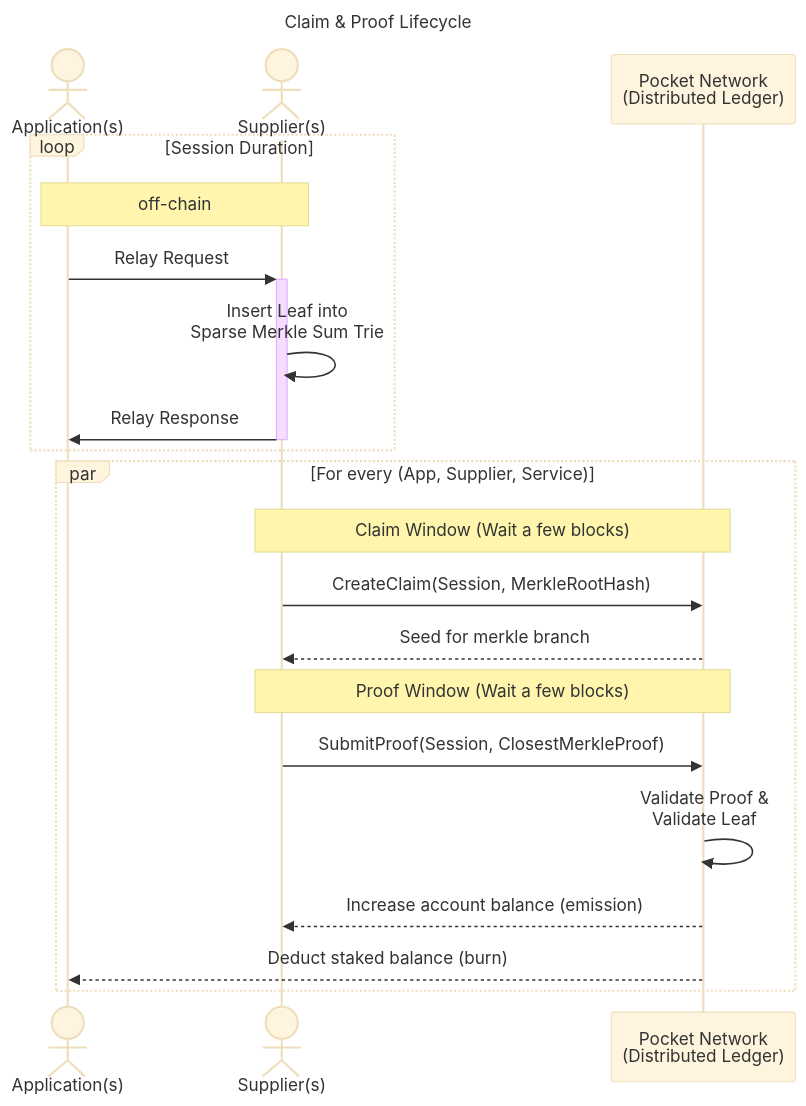
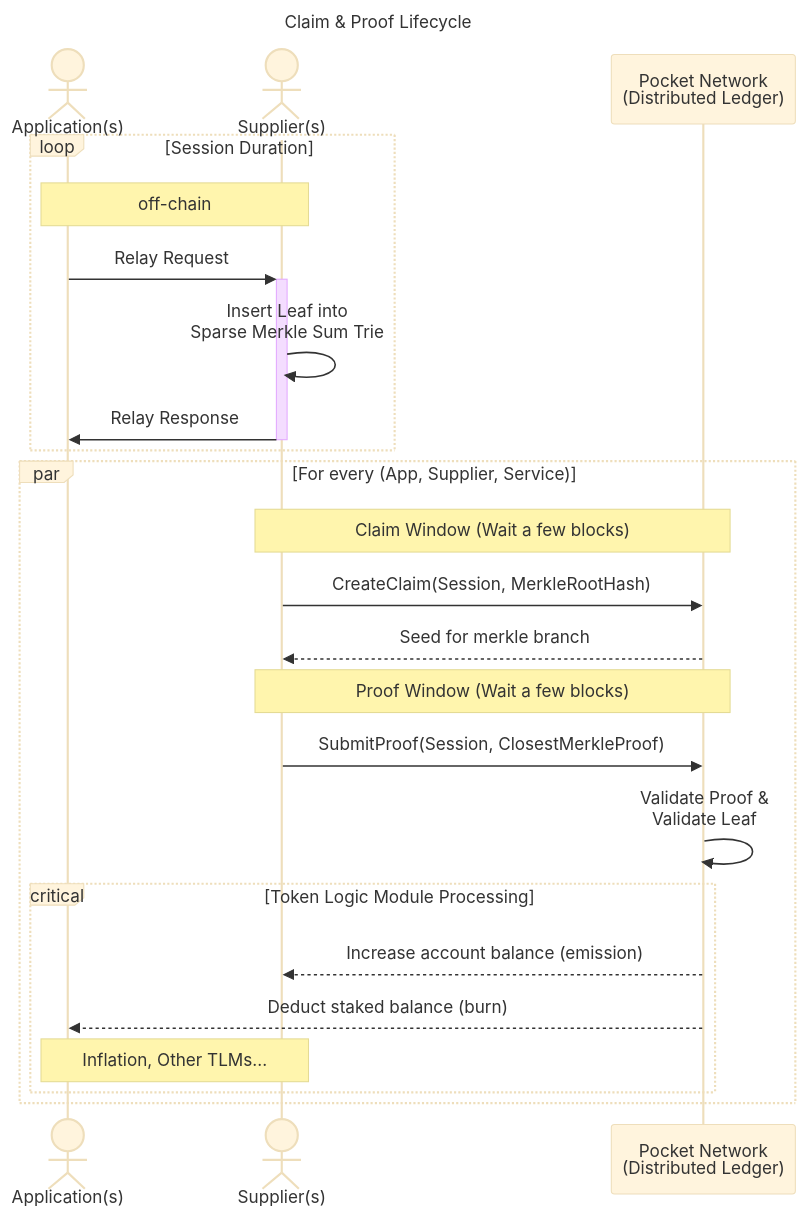
The first of 17 diagrams in docusaurus/docs/protocol/primitives/claim_and_proof_lifecycle.md (pokt-network/poktroll), drawn with Mermaid (base theme) before and after one commit. The commit also changed other lines of this file and 38 other files, not shown here.

````diff
--- a/docusaurus/docs/protocol/primitives/claim_and_proof_lifecycle.md
+++ b/docusaurus/docs/protocol/primitives/claim_and_proof_lifecycle.md
@@ -65,27 +65,30 @@
 ```mermaid
 ---
 title: Claim & Proof Lifecycle
 ---
 sequenceDiagram
     actor A as Application(s)
     actor S as Supplier(s)
     participant PN as Pocket Network<br>(Distributed Ledger)
 
     loop Session Duration
         note over A,S: off-chain
         A ->> +S: Relay Request
         S ->> S: Insert Leaf into <br> Sparse Merkle Sum Trie
         S ->> -A: Relay Response
     end
 
     par For every (App, Supplier, Service)
         note over S, PN: Claim Window (Wait a few blocks)
         S ->> PN: CreateClaim(Session, MerkleRootHash)
         PN -->> S: Seed for merkle branch
         note over S, PN: Proof Window (Wait a few blocks)
         S ->> PN: SubmitProof(Session, ClosestMerkleProof)
         PN ->> PN: Validate Proof & <br> Validate Leaf
-        PN -->> S: Increase account balance (emission)
-        PN -->> A: Deduct staked balance (burn)
+        critical Token Logic Module Processing
+          PN -->> S: Increase account balance (emission)
+          PN -->> A: Deduct staked balance (burn)
+          note over A,S: Inflation, Other TLMs...
+        end
     end
 ```
````
